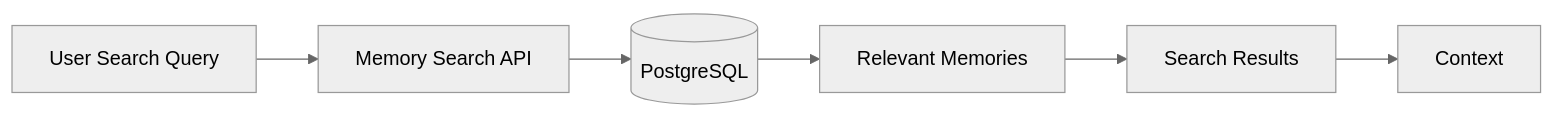
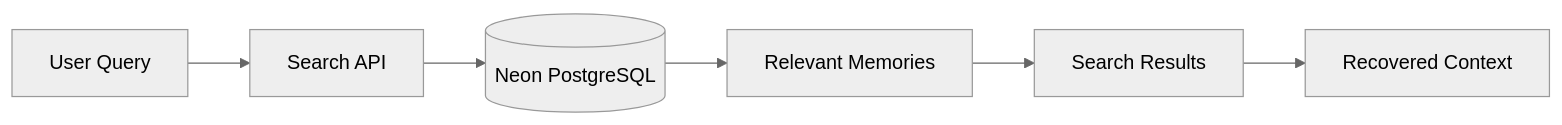
One commit to AroonZafar/EchoMind changed the fifth of 8 diagrams in README.md. Above: the diagram before and after it, drawn with Mermaid (neutral theme). The commit also changed other lines of this file, not shown here.

````diff
--- a/README.md
+++ b/README.md
@@ -334,8 +284,8 @@
-```mermaid
+~~~mermaid
 flowchart LR
-    Q[User Search Query] --> API[Memory Search API]
-    API --> DB[(PostgreSQL)]
+    Q[User Query] --> API[Search API]
+    API --> DB[(Neon PostgreSQL)]
     DB --> R[Relevant Memories]
     R --> UI[Search Results]
-    UI --> C[Context]
-```
+    UI --> C[Recovered Context]
+~~~
````
